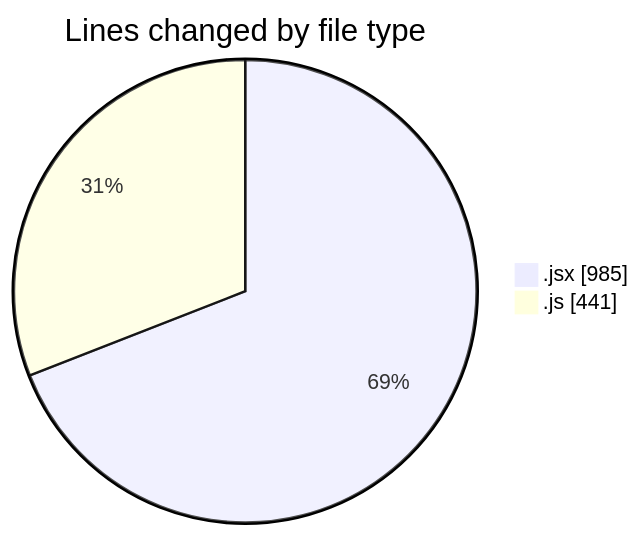
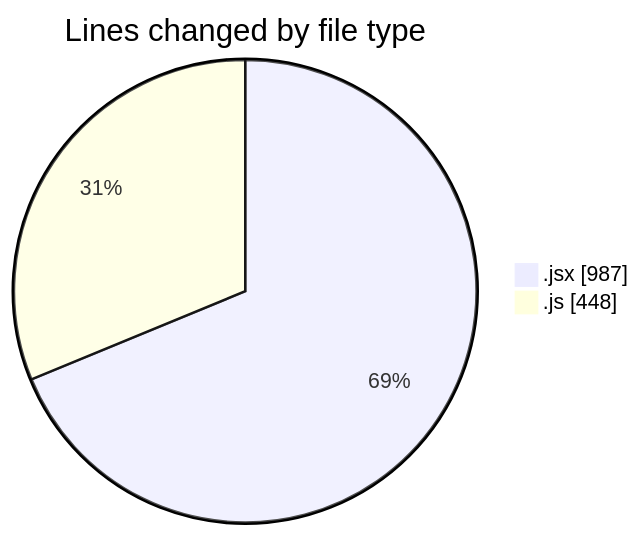
Before and after one commit to nxtqubesakshisongat/code-tracking: the first of 2 diagrams in 2025-06-30/argos/README.md, drawn with Mermaid. The commit also changed other lines of this file and 1 other file, not shown here.

````diff
--- a/2025-06-30/argos/README.md
+++ b/2025-06-30/argos/README.md
@@ -25,6 +25,6 @@
 ```mermaid
 pie showData
 title Lines changed by file type
-".jsx" : 985
-".js" : 441
+".jsx" : 987
+".js" : 448
 ```
````
